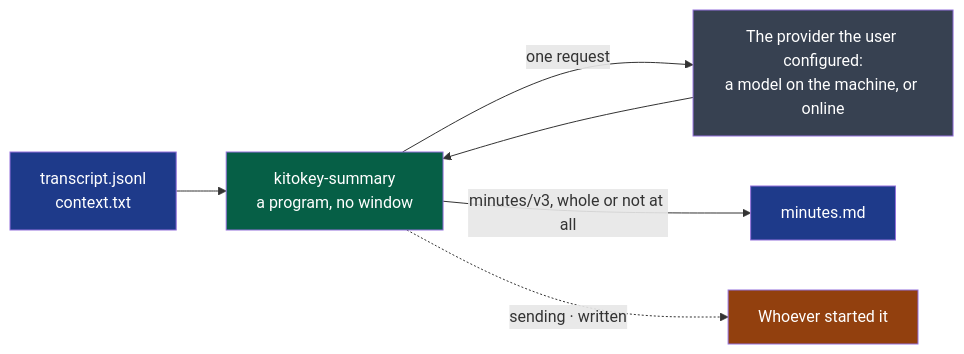
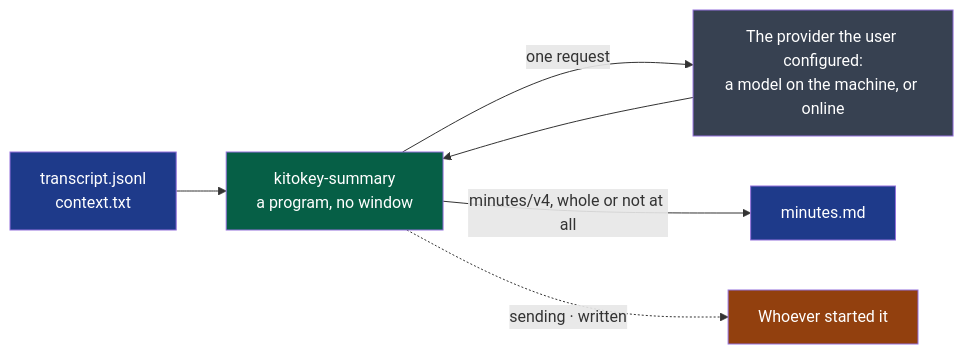
Before and after one commit to NapkinStack/kitokey: the diagram in modules/summary/README.md, drawn with Mermaid. The commit also changed other lines of this file and 3 other files, not shown here.

````diff
--- a/modules/summary/README.md
+++ b/modules/summary/README.md
@@ -9,13 +9,13 @@
 ```mermaid
 flowchart LR
     T["transcript.jsonl<br/>context.txt"]:::file --> P["kitokey-summary<br/>a program, no window"]:::mod
     P -->|"one request"| V["The provider the user configured:<br/>a model on the machine, or online"]:::ext
     V --> P
-    P -->|"minutes/v3, whole or not at all"| M["minutes.md"]:::file
+    P -->|"minutes/v4, whole or not at all"| M["minutes.md"]:::file
     P -.->|"sending · written"| W["Whoever started it"]:::user
 
     classDef file fill:#1e3a8a,color:#fff
     classDef mod fill:#065f46,color:#fff
     classDef ext fill:#374151,color:#fff
     classDef user fill:#92400e,color:#fff
 ```
````
